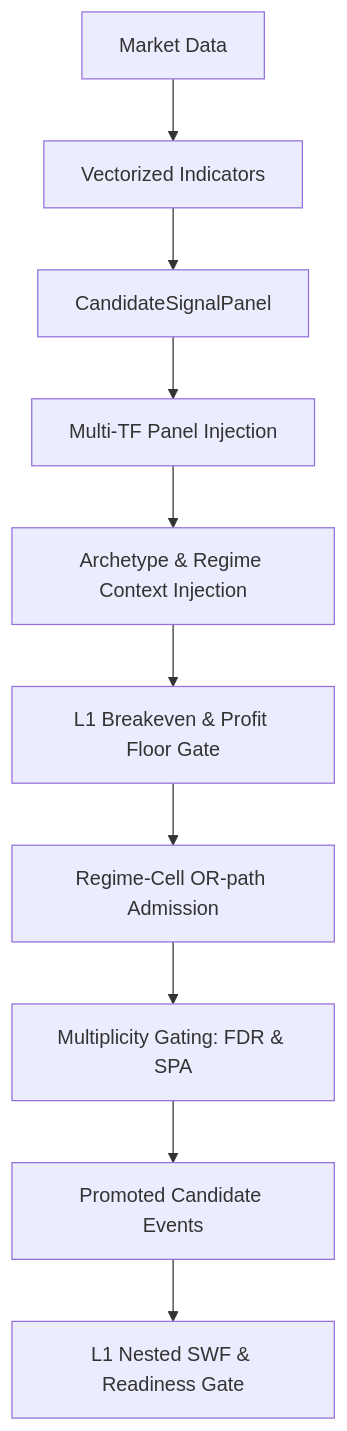
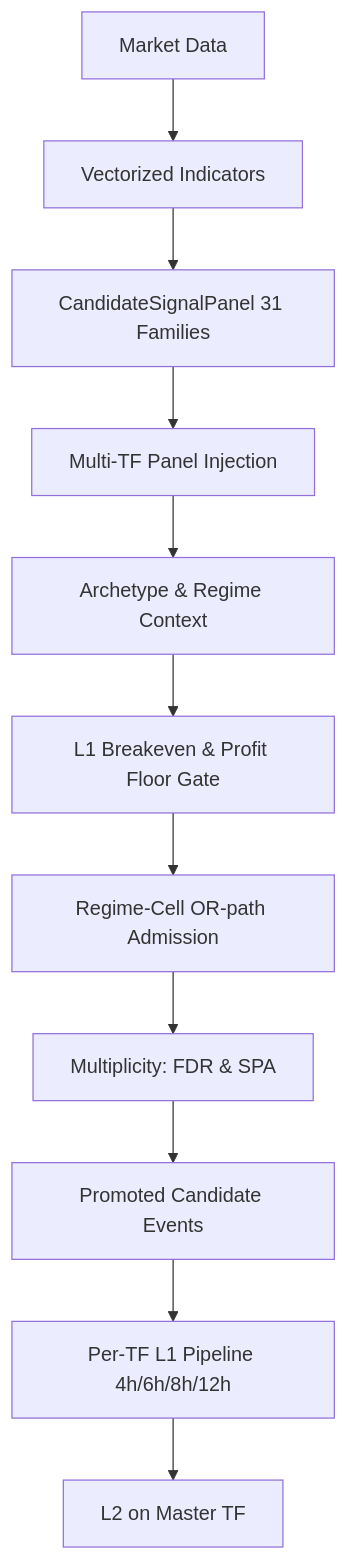
Before and after one commit to KTHYEONG/crypto-pilot: the diagram in docs/architecture/layer1.md, drawn with Mermaid. The commit also changed other lines of this file and 3 other files, not shown here.

````diff
--- a/docs/architecture/layer1.md
+++ b/docs/architecture/layer1.md
@@ -88,12 +60,13 @@
 ```mermaid
 graph TD
     A[Market Data] --> B[Vectorized Indicators]
-    B --> C[CandidateSignalPanel]
+    B --> C[CandidateSignalPanel 31 Families]
     C --> C1[Multi-TF Panel Injection]
-    C1 --> D[Archetype & Regime Context Injection]
+    C1 --> D[Archetype & Regime Context]
     D --> E[L1 Breakeven & Profit Floor Gate]
     E --> F[Regime-Cell OR-path Admission]
-    F --> G[Multiplicity Gating: FDR & SPA]
+    F --> G[Multiplicity: FDR & SPA]
     G --> H[Promoted Candidate Events]
-    H --> I[L1 Nested SWF & Readiness Gate]
+    H --> I[Per-TF L1 Pipeline 4h/6h/8h/12h]
+    I --> J[L2 on Master TF]
 ```
````
